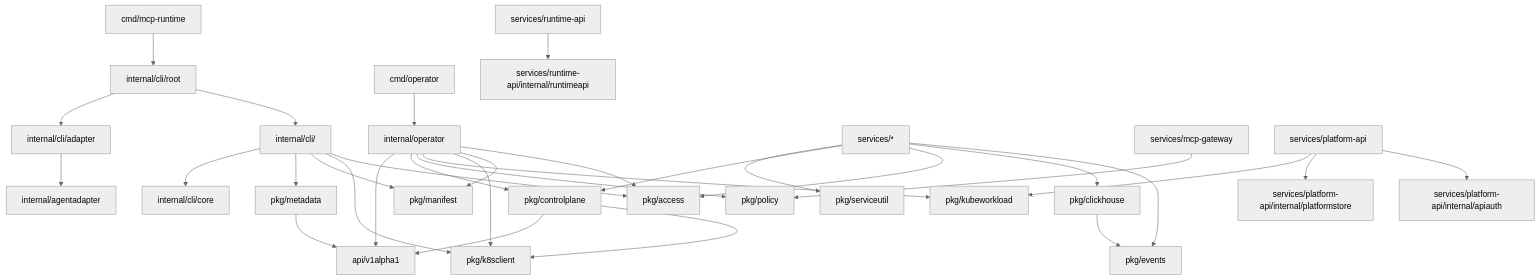
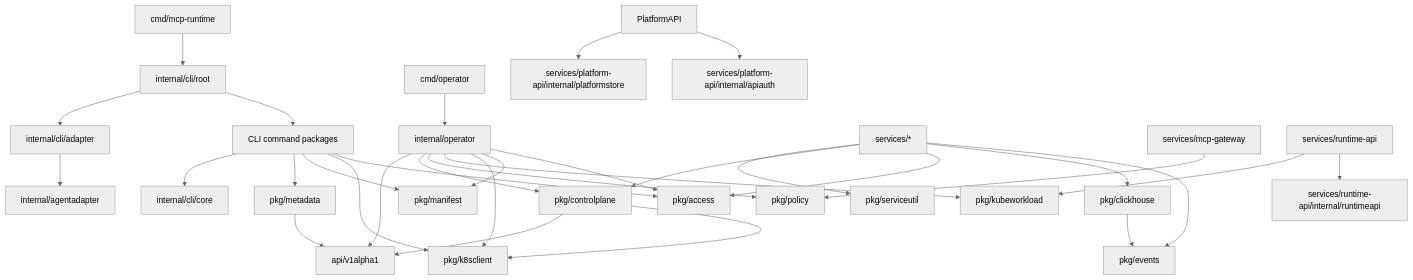
The fourth of 4 diagrams in docs/internals/README.md (mcp-runtime/mcp-runtime), drawn with Mermaid (neutral theme) before and after one commit. The commit also changed other lines of this file and 59 other files, not shown here.

````diff
--- a/docs/internals/README.md
+++ b/docs/internals/README.md
@@ -118,34 +135,34 @@
 ```mermaid
 flowchart TB
     Cmd[cmd/mcp-runtime] --> CLIRoot[internal/cli/root]
     CLIRoot --> CLIAdapter
     CLIAdapter[internal/cli/adapter] --> AgentAdapter[internal/agentadapter]
-    CLIRoot --> CLICommands[internal/cli/<command>]
+    CLIRoot --> CLICommands[CLI command packages]
     CLICommands --> CLICore[internal/cli/core]
     CLICommands --> Metadata[pkg/metadata]
     CLICommands --> Manifest[pkg/manifest]
     CLICommands --> K8sClient[pkg/k8sclient]
     CLICommands --> Access[pkg/access]
     CmdOp[cmd/operator] --> Operator[internal/operator]
     Operator --> API[api/v1alpha1]
     Operator --> ControlPlane[pkg/controlplane]
     Operator --> Policy[pkg/policy]
     Operator --> Workload[pkg/kubeworkload]
     Operator --> K8sClient
     Operator --> Manifest
     Operator --> Access
     Services[services/*] --> ServiceUtil[pkg/serviceutil]
     Services --> ControlPlane
     Services --> Access
     Services --> ClickHouse[pkg/clickhouse]
     Services --> Events[pkg/events]
     Gateway[services/mcp-gateway] --> Policy
-    PlatformAPI[services/platform-api] --> Workload
+    RuntimeAPI[services/runtime-api] --> Workload
     RuntimeAPI[services/runtime-api] --> RuntimeAPIPkg[services/runtime-api/internal/runtimeapi]
     PlatformAPI --> PlatformStore[services/platform-api/internal/platformstore]
     PlatformAPI --> APIAuth[services/platform-api/internal/apiauth]
     ClickHouse --> Events
     ControlPlane --> API
     ControlPlane --> K8sClient
     Metadata --> API
 ```
````
